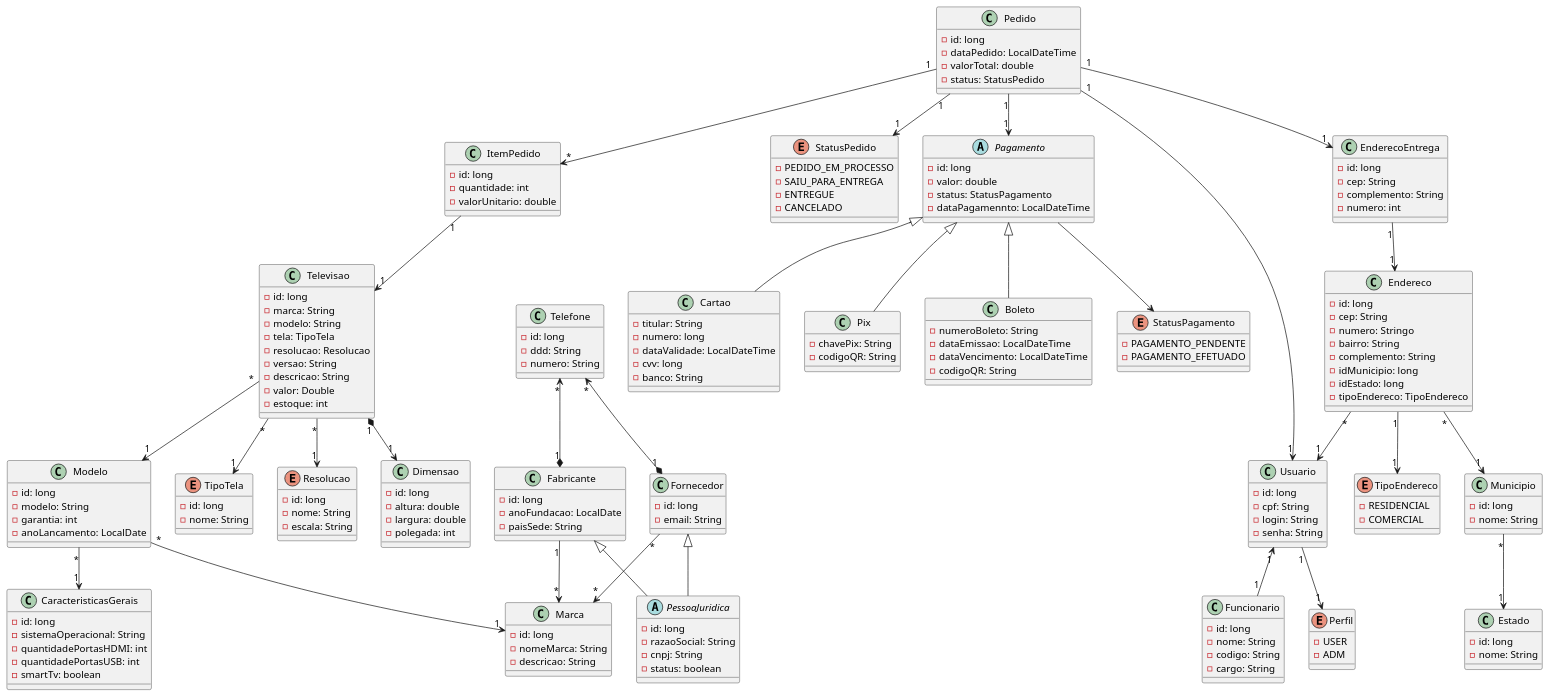
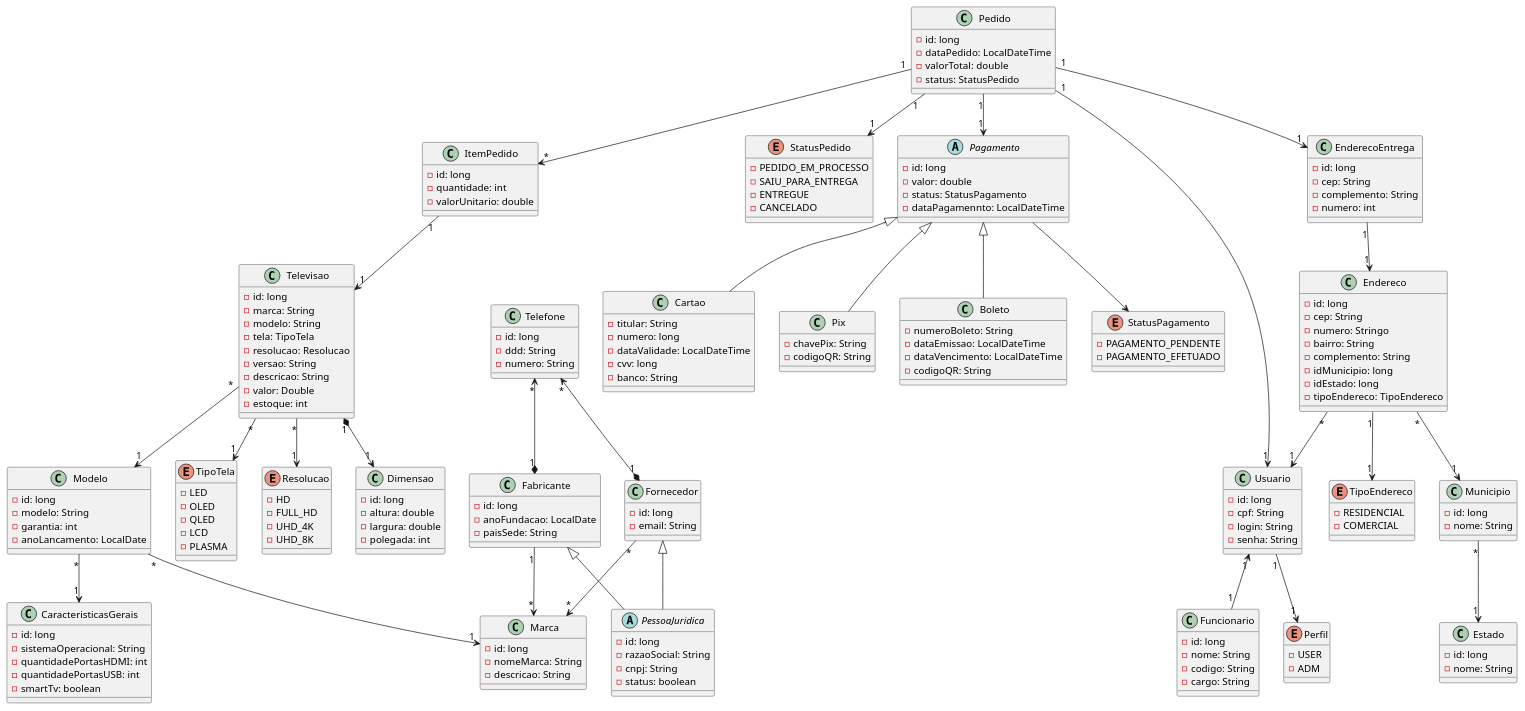
The diagram in src/diagrama.plantuml (Gabrielpmw/Televisao_tp1), drawn with PlantUML before and after one commit. The commit also changed 21 other files, not shown here.

```diff
--- a/src/diagrama.plantuml
+++ b/src/diagrama.plantuml
@@ -89,14 +89,18 @@
 }
 
 enum TipoTela{
-    - id: long
-    - nome: String
+    - LED
+    - OLED
+    - QLED
+    - LCD
+    - PLASMA
 }
 
 enum Resolucao{
-    - id: long
-    - nome: String
-    - escala: String
+    - HD
+    - FULL_HD
+    - UHD_4K
+    - UHD_8K
 }
 
 class Dimensao{
```
